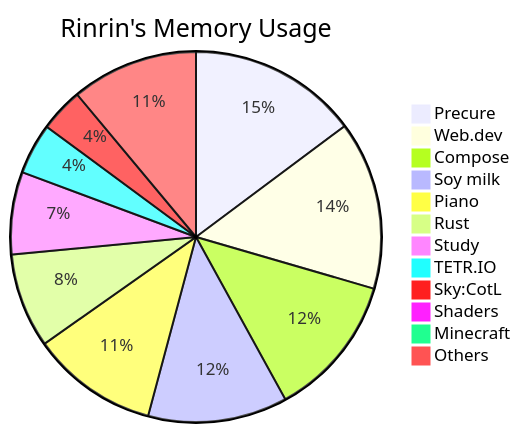
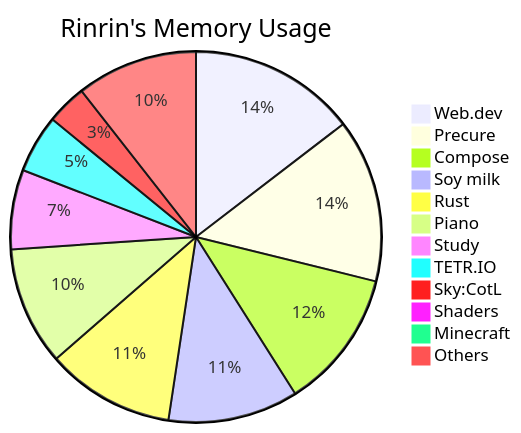
One commit to Rinrin0413/Rinrin0413 changed the diagram in README.md. Above: the diagram before and after it, drawn with Mermaid.

Commit message:
🛠 Update: Rinrin's Memory Usage

````diff
--- a/README.md
+++ b/README.md
@@ -76,15 +76,15 @@
 ```mermaid
 pie title Rinrin's Memory Usage
-    "Precure": 590
-    "Web.dev": 586
+    "Web.dev": 597
+    "Precure": 584
     "Compose": 498
-    "Soy milk": 485
-    "Piano": 441
-    "Rust": 329
-    "Study": 287
-    "TETR.IO": 177
-    "Sky:CotL": 152
+    "Soy milk": 465
+    "Rust": 459
+    "Piano": 423
+    "Study": 284
+    "TETR.IO": 207
+    "Sky:CotL": 143
     "Shaders": 30
     "Minecraft": 30
-    "Others": 441
+    "Others": 433
 ```
````
